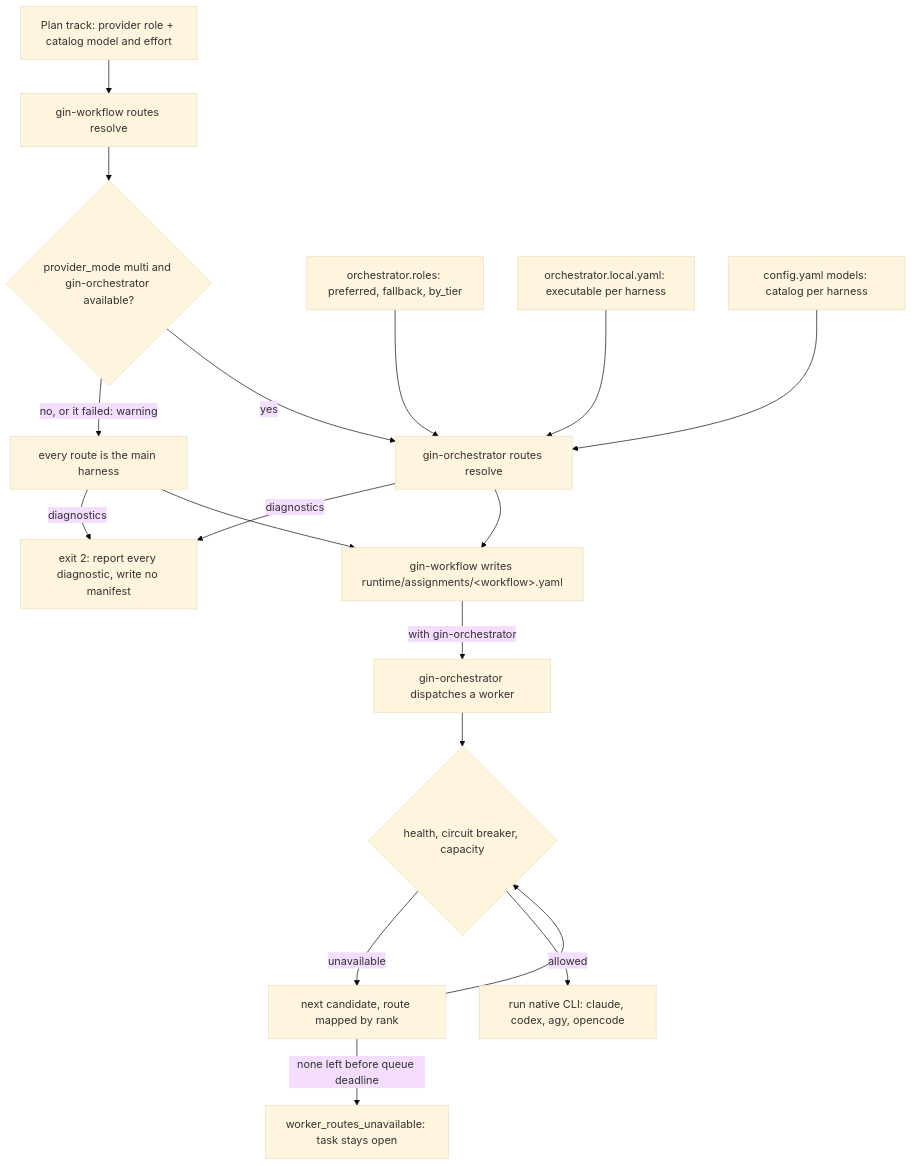
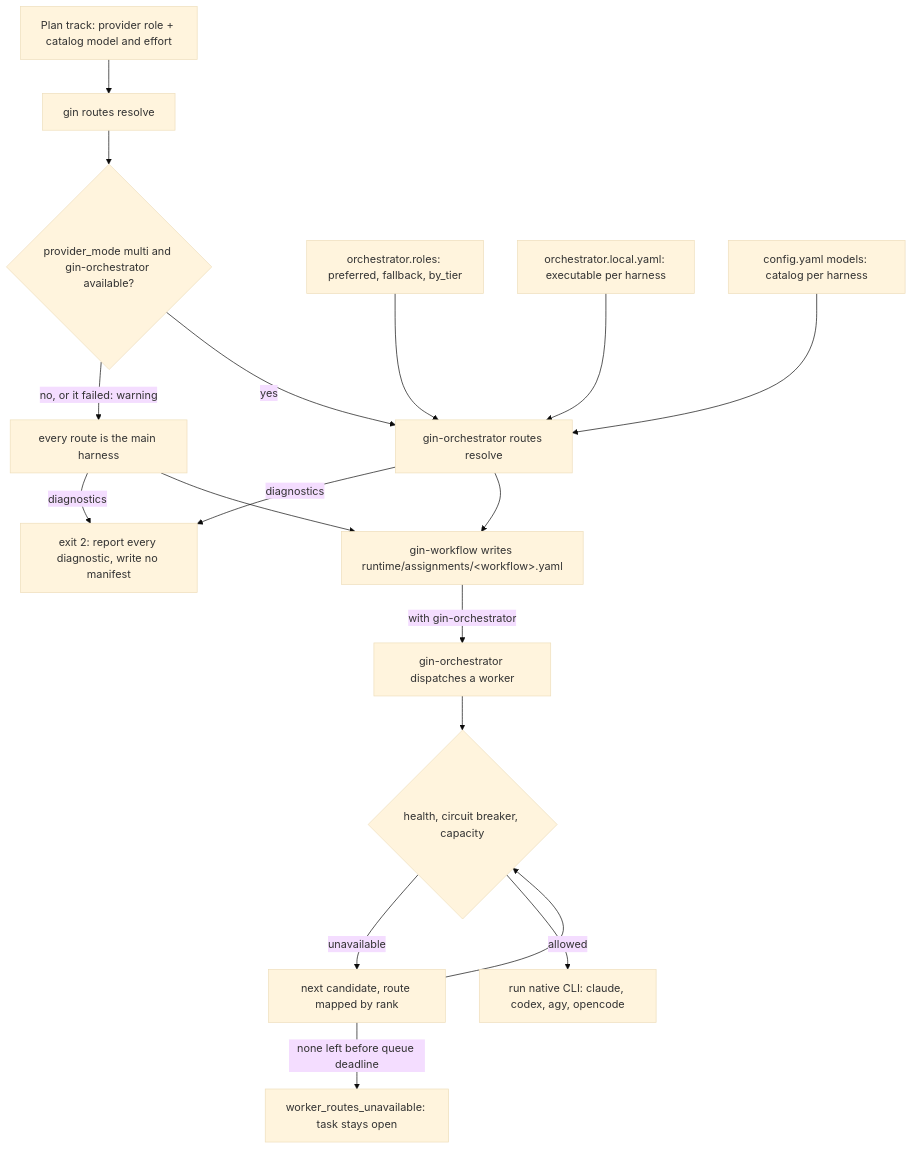
Before and after one commit to giangdhwhtbr/gin-workflow: the fourth of 6 diagrams in docs/concepts/architecture.md, drawn with Mermaid (base theme). The commit also changed other lines of this file and 42 other files, not shown here.

Commit message:
docs: gin CLI and gin: skill names everywhere, upgrade notes (gin-workflow-rename-gin)

````diff
--- a/docs/concepts/architecture.md
+++ b/docs/concepts/architecture.md
@@ -113,20 +113,20 @@
 ```mermaid
 flowchart TD
-    T[Plan track: provider role + catalog model and effort] --> F[gin-workflow routes resolve]
+    T[Plan track: provider role + catalog model and effort] --> F[gin routes resolve]
     F --> Q{provider_mode multi and gin-orchestrator available?}
     Q -->|no, or it failed: warning| MH[every route is the main harness]
     Q -->|yes| OR[gin-orchestrator routes resolve]
     C1[orchestrator.roles: preferred, fallback, by_tier] --> OR
     C2[orchestrator.local.yaml: executable per harness] --> OR
     C3[config.yaml models: catalog per harness] --> OR
     OR -->|diagnostics| X[exit 2: report every diagnostic, write no manifest]
     MH -->|diagnostics| X
     OR --> M[gin-workflow writes runtime/assignments/&lt;workflow&gt;.yaml]
     MH --> M
     M -->|with gin-orchestrator| D[gin-orchestrator dispatches a worker]
     D --> H{health, circuit breaker, capacity}
     H -->|unavailable| N[next candidate, route mapped by rank]
     N --> H
     H -->|allowed| RUN[run native CLI: claude, codex, agy, opencode]
     N -->|none left before queue deadline| U[worker_routes_unavailable: task stays open]
 ```
````
